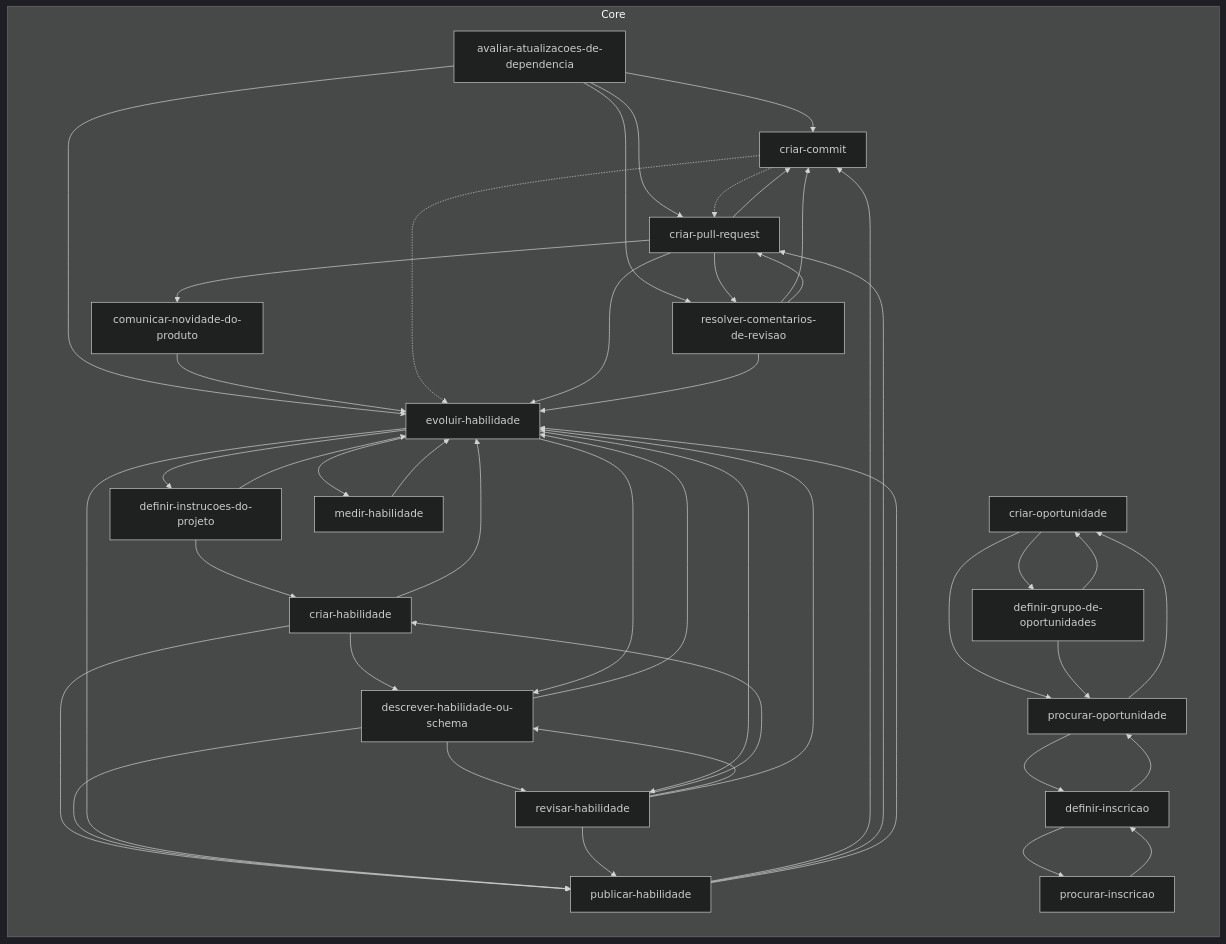
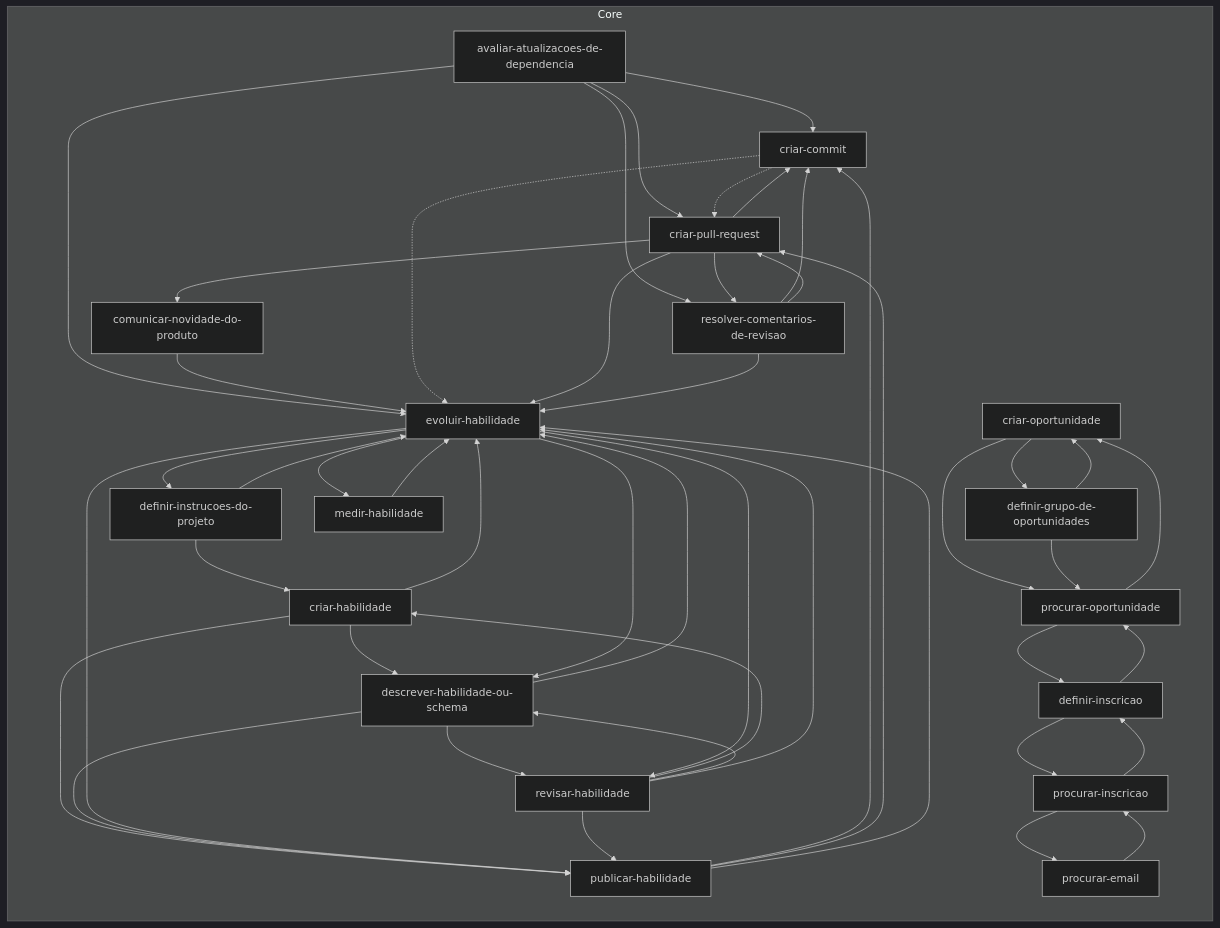
The diagram in .agents/skills/README.md (jimmyandrade/harness), drawn with Mermaid (dark theme) before and after one commit. The commit also changed 4 other files, not shown here.

First line of the commit message:
feat(procurar-email): move the skill to the core

````diff
--- a/.agents/skills/README.md
+++ b/.agents/skills/README.md
@@ -11,66 +11,69 @@
 ```mermaid
 flowchart LR
   subgraph core["Core"]
     avaliar_atualizacoes_de_dependencia["avaliar-atualizacoes-de-dependencia"]
     comunicar_novidade_do_produto["comunicar-novidade-do-produto"]
     criar_commit["criar-commit"]
     criar_habilidade["criar-habilidade"]
     criar_oportunidade["criar-oportunidade"]
     criar_pull_request["criar-pull-request"]
     definir_grupo_de_oportunidades["definir-grupo-de-oportunidades"]
     definir_inscricao["definir-inscricao"]
     definir_instrucoes_do_projeto["definir-instrucoes-do-projeto"]
     descrever_habilidade_ou_schema["descrever-habilidade-ou-schema"]
     evoluir_habilidade["evoluir-habilidade"]
     medir_habilidade["medir-habilidade"]
+    procurar_email["procurar-email"]
     procurar_inscricao["procurar-inscricao"]
     procurar_oportunidade["procurar-oportunidade"]
     publicar_habilidade["publicar-habilidade"]
     resolver_comentarios_de_revisao["resolver-comentarios-de-revisao"]
     revisar_habilidade["revisar-habilidade"]
   end
   avaliar_atualizacoes_de_dependencia --> criar_commit
   avaliar_atualizacoes_de_dependencia --> criar_pull_request
   avaliar_atualizacoes_de_dependencia --> evoluir_habilidade
   avaliar_atualizacoes_de_dependencia --> resolver_comentarios_de_revisao
   comunicar_novidade_do_produto --> evoluir_habilidade
   criar_commit -.-> criar_pull_request
   criar_commit -.-> evoluir_habilidade
   criar_habilidade --> descrever_habilidade_ou_schema
   criar_habilidade --> evoluir_habilidade
   criar_habilidade --> publicar_habilidade
   criar_oportunidade --> definir_grupo_de_oportunidades
   criar_oportunidade --> procurar_oportunidade
   criar_pull_request --> comunicar_novidade_do_produto
   criar_pull_request --> criar_commit
   criar_pull_request --> evoluir_habilidade
   criar_pull_request --> resolver_comentarios_de_revisao
   definir_grupo_de_oportunidades --> criar_oportunidade
   definir_grupo_de_oportunidades --> procurar_oportunidade
   definir_inscricao --> procurar_inscricao
   definir_inscricao --> procurar_oportunidade
   definir_instrucoes_do_projeto --> criar_habilidade
   definir_instrucoes_do_projeto --> evoluir_habilidade
   descrever_habilidade_ou_schema --> evoluir_habilidade
   descrever_habilidade_ou_schema --> publicar_habilidade
   descrever_habilidade_ou_schema --> revisar_habilidade
   evoluir_habilidade --> definir_instrucoes_do_projeto
   evoluir_habilidade --> descrever_habilidade_ou_schema
   evoluir_habilidade --> medir_habilidade
   evoluir_habilidade --> publicar_habilidade
   evoluir_habilidade --> revisar_habilidade
   medir_habilidade --> evoluir_habilidade
+  procurar_email --> procurar_inscricao
   procurar_inscricao --> definir_inscricao
+  procurar_inscricao --> procurar_email
   procurar_oportunidade --> criar_oportunidade
   procurar_oportunidade --> definir_inscricao
   publicar_habilidade --> criar_commit
   publicar_habilidade --> criar_pull_request
   publicar_habilidade --> evoluir_habilidade
   resolver_comentarios_de_revisao --> criar_commit
   resolver_comentarios_de_revisao --> criar_pull_request
   resolver_comentarios_de_revisao --> evoluir_habilidade
   revisar_habilidade --> criar_habilidade
   revisar_habilidade --> descrever_habilidade_ou_schema
   revisar_habilidade --> evoluir_habilidade
   revisar_habilidade --> publicar_habilidade
 ```
````
